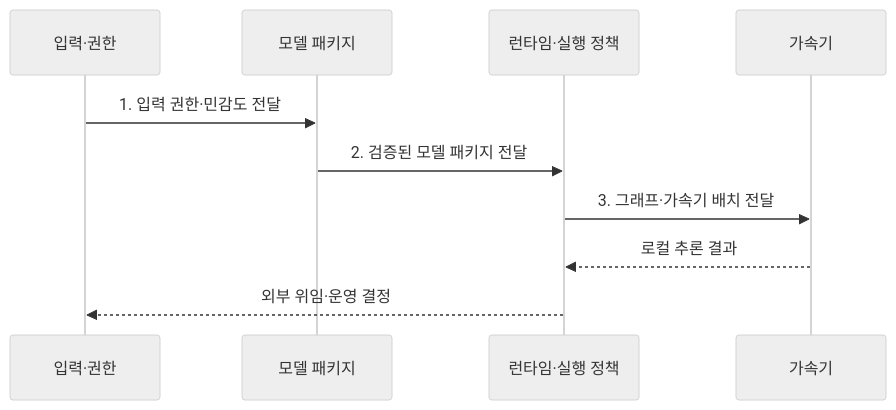
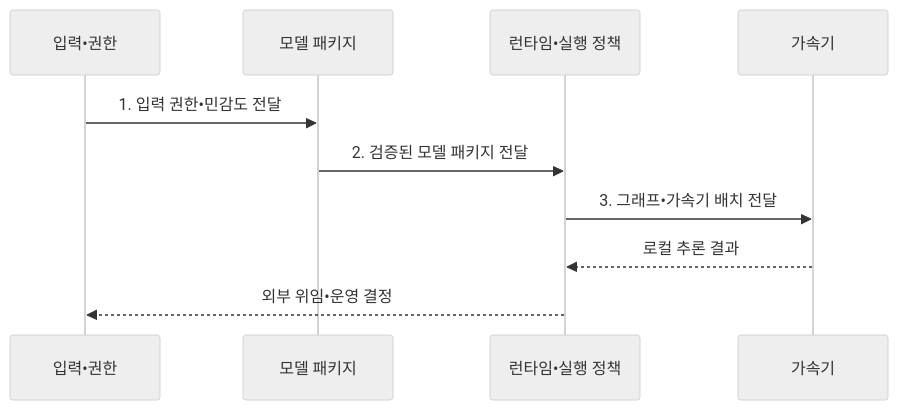
One commit to agnusdei1207/knowledge-base changed the second of 2 diagrams in src/content/docs/notes/08-latest-tech/050_on_device_ai.md. Above: the diagram before and after it, drawn with Mermaid (neutral theme). The commit also changed other lines of this file and 953 other files, not shown here.

````diff
--- a/src/content/docs/notes/08-latest-tech/050_on_device_ai.md
+++ b/src/content/docs/notes/08-latest-tech/050_on_device_ai.md
@@ -101,12 +101,12 @@
 ```mermaid
 sequenceDiagram
-    participant I as 입력·권한
+    participant I as 입력•권한
     participant P as 모델 패키지
-    participant R as 런타임·실행 정책
+    participant R as 런타임•실행 정책
     participant A as 가속기
-    I->>P: 1. 입력 권한·민감도 전달
+    I->>P: 1. 입력 권한•민감도 전달
     P->>R: 2. 검증된 모델 패키지 전달
-    R->>A: 3. 그래프·가속기 배치 전달
+    R->>A: 3. 그래프•가속기 배치 전달
     A-->>R: 로컬 추론 결과
-    R-->>I: 외부 위임·운영 결정
+    R-->>I: 외부 위임•운영 결정
 ```
````
